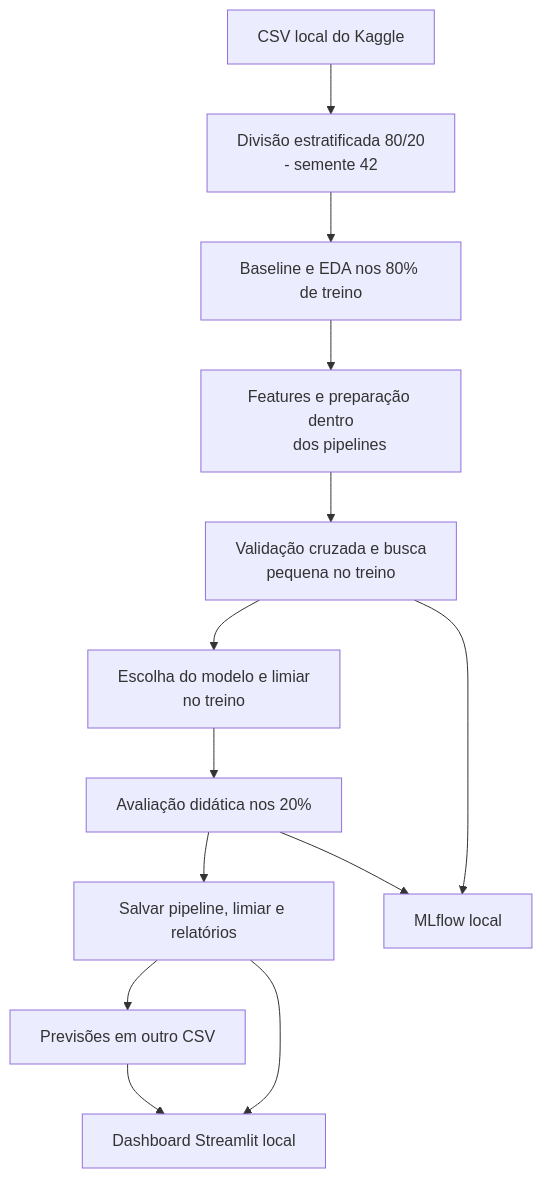
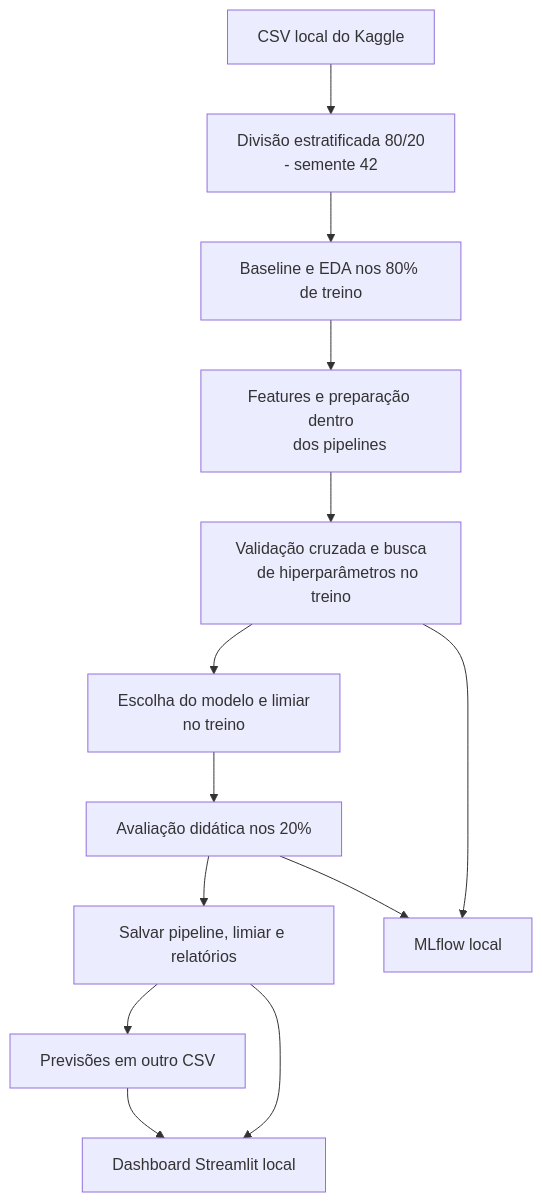
Before and after one commit to Brendalu2005/titanic-survival-classification: the diagram in README.md, drawn with Mermaid. The commit also changed other lines of this file and 5 other files, not shown here.

````diff
--- a/README.md
+++ b/README.md
@@ -37,19 +39,19 @@
 ```mermaid
 flowchart TD
     A[CSV local do Kaggle] --> B[Divisão estratificada 80/20
     - semente 42]
     B --> C[Baseline e EDA nos 80% de treino]
     C --> D[Features e preparação dentro
     dos pipelines]
     D --> E[Validação cruzada e busca
-    pequena no treino]
+    de hiperparâmetros no treino]
     E --> F[Escolha do modelo e limiar
     no treino]
     F --> G[Avaliação didática nos 20%]
     G --> H[Salvar pipeline, limiar e relatórios]
     H --> I[Previsões em outro CSV]
     I --> K[Dashboard Streamlit local]
     H --> K
     E --> J[MLflow local]
     G --> J
 ```
````
